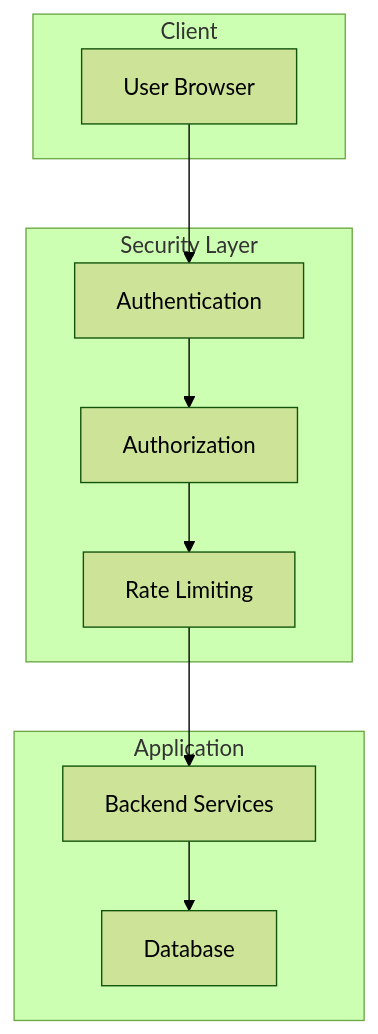
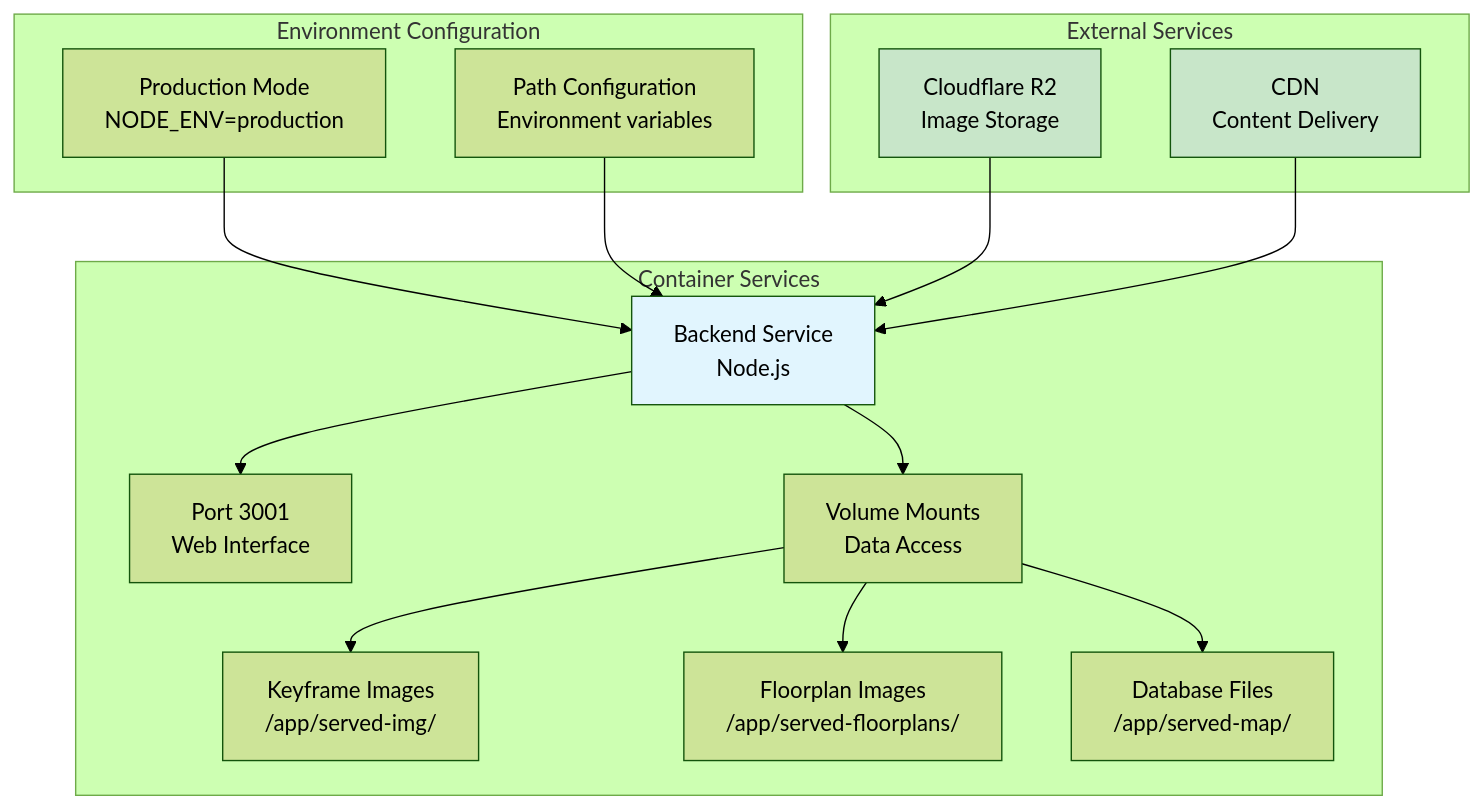
Before and after one commit to Skwangles/AT-bus-tracker: the eighth of 13 diagrams in ai-overview/architecture.md, drawn with Mermaid (forest theme). The commit also changed other lines of this file and 2 other files, not shown here.

````diff
--- a/ai-overview/architecture.md
+++ b/ai-overview/architecture.md
@@ -171,23 +266,24 @@
 ```mermaid
 graph TB
-    subgraph Client
-        A[User Browser]
+    subgraph "Container Services"
+        A[Backend Service<br/>Node.js] --> B[Port 3001<br/>Web Interface]
+        A --> C[Volume Mounts<br/>Data Access]
+        C --> D[Keyframe Images<br/>/app/served-img/]
+        C --> E[Floorplan Images<br/>/app/served-floorplans/]
+        C --> F[Database Files<br/>/app/served-map/]
     end
-
-    subgraph Security Layer
-        B[Authentication]
-        C[Authorization]
-        D[Rate Limiting]
+    
+    subgraph "Environment Configuration"
+        G[Production Mode<br/>NODE_ENV=production] --> A
+        H[Path Configuration<br/>Environment variables] --> A
     end
-
-    subgraph Application
-        E[Backend Services]
-        F[Database]
+    
+    subgraph "External Services"
+        I[Cloudflare R2<br/>Image Storage] --> A
+        J[CDN<br/>Content Delivery] --> A
     end
-
-    A --> B
-    B --> C
-    C --> D
-    D --> E
-    E --> F
+    
+    style A fill:#e1f5fe
+    style I fill:#c8e6c9
+    style J fill:#c8e6c9
 ```
````
